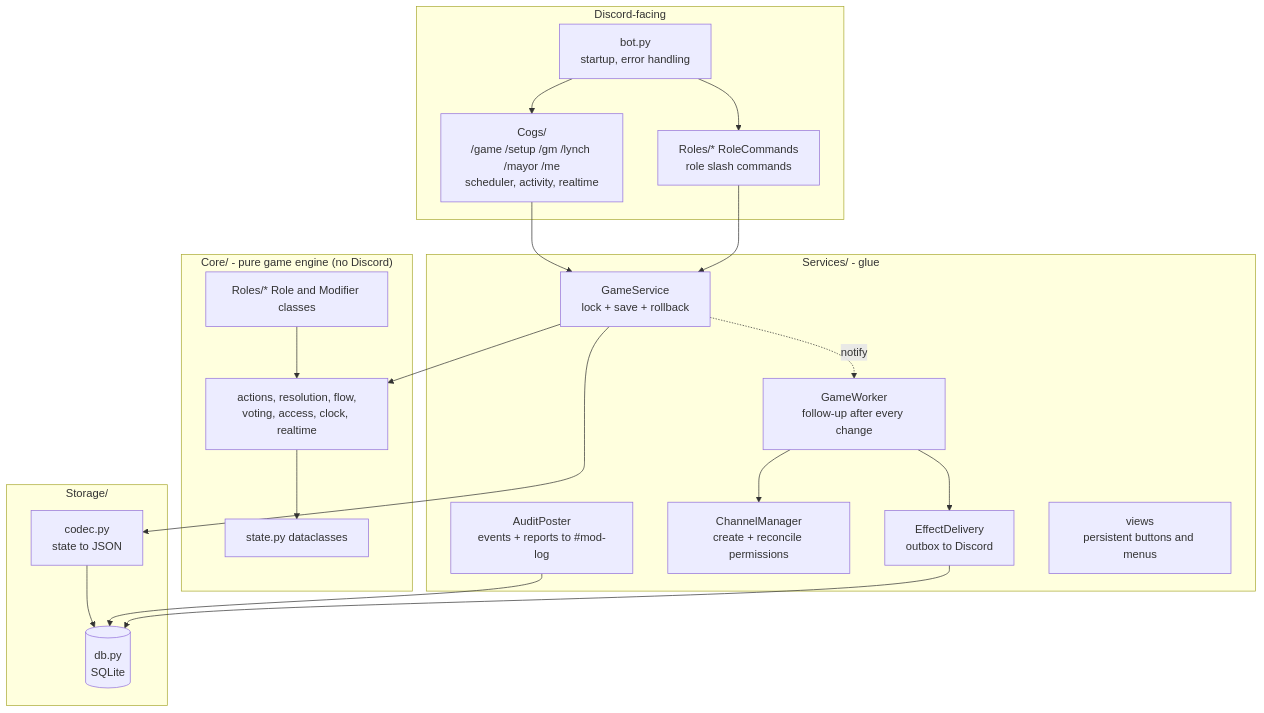
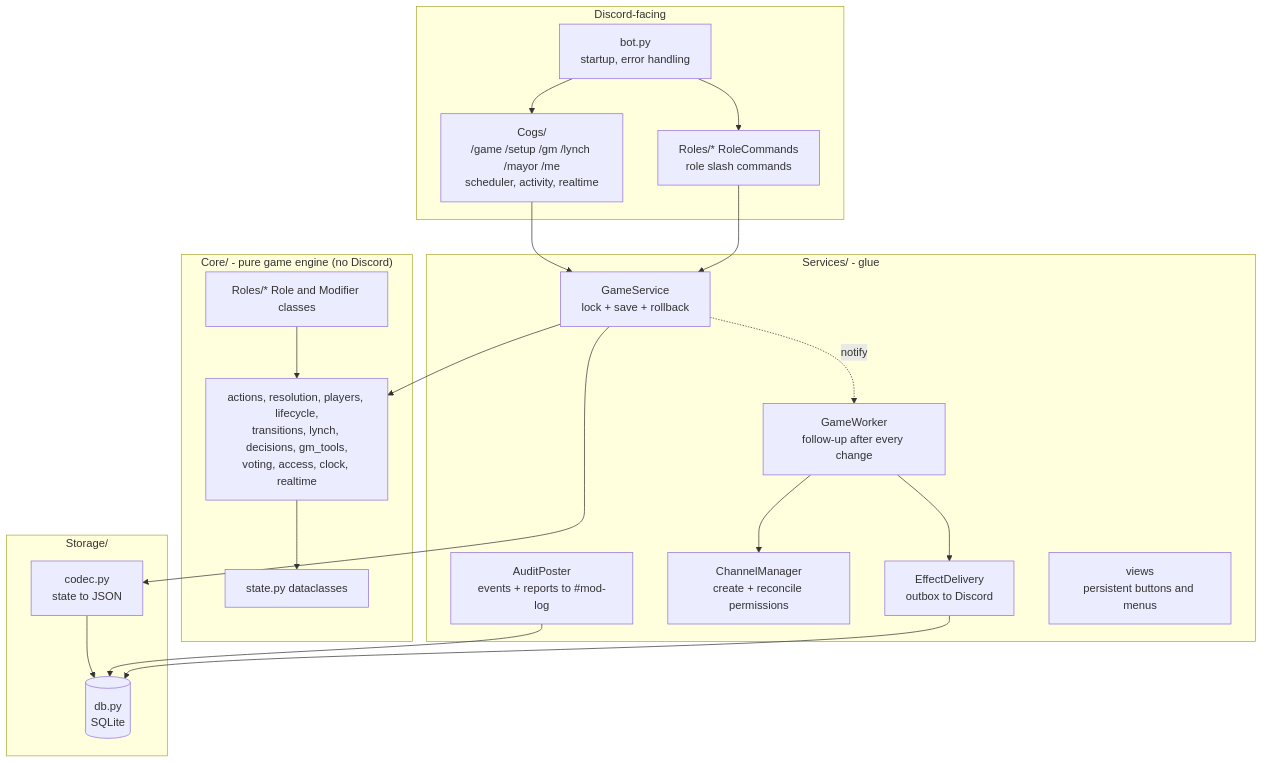
The first of 6 diagrams in Docs/Developer guide - architecture and data.md (Mad-Scientist-Guild/Werewolves-bot), drawn with Mermaid before and after one commit. The commit also changed other lines of this file and 87 other files, not shown here.

````diff
--- a/Docs/Developer guide - architecture and data.md
+++ b/Docs/Developer guide - architecture and data.md
@@ -23,36 +23,36 @@
 ```mermaid
 flowchart TB
     subgraph Discord ["Discord-facing"]
         BOT["bot.py<br/>startup, error handling"]
         COGS["Cogs/<br/>/game /setup /gm /lynch /mayor /me<br/>scheduler, activity, realtime"]
         RC["Roles/*  RoleCommands<br/>role slash commands"]
     end
     subgraph Services ["Services/ - glue"]
         GS["GameService<br/>lock + save + rollback"]
         W["GameWorker<br/>follow-up after every change"]
         ED["EffectDelivery<br/>outbox to Discord"]
         CM["ChannelManager<br/>create + reconcile permissions"]
         AP["AuditPoster<br/>events + reports to #mod-log"]
         V["views<br/>persistent buttons and menus"]
     end
     subgraph Core ["Core/ - pure game engine (no Discord)"]
         ST["state.py dataclasses"]
-        EN["actions, resolution, flow,<br/>voting, access, clock, realtime"]
+        EN["actions, resolution, players, lifecycle,<br/>transitions, lynch, decisions, gm_tools,<br/>voting, access, clock, realtime"]
         RL["Roles/* Role and Modifier classes"]
     end
     subgraph Storage ["Storage/"]
         CO["codec.py<br/>state to JSON"]
         DB[("db.py<br/>SQLite")]
     end
     BOT --> COGS & RC
     COGS --> GS
     RC --> GS
     GS --> EN
     EN --> ST
     RL --> EN
     GS --> CO --> DB
     GS -. notify .-> W
     W --> ED & CM
     AP --> DB
     ED --> DB
 ```
````
